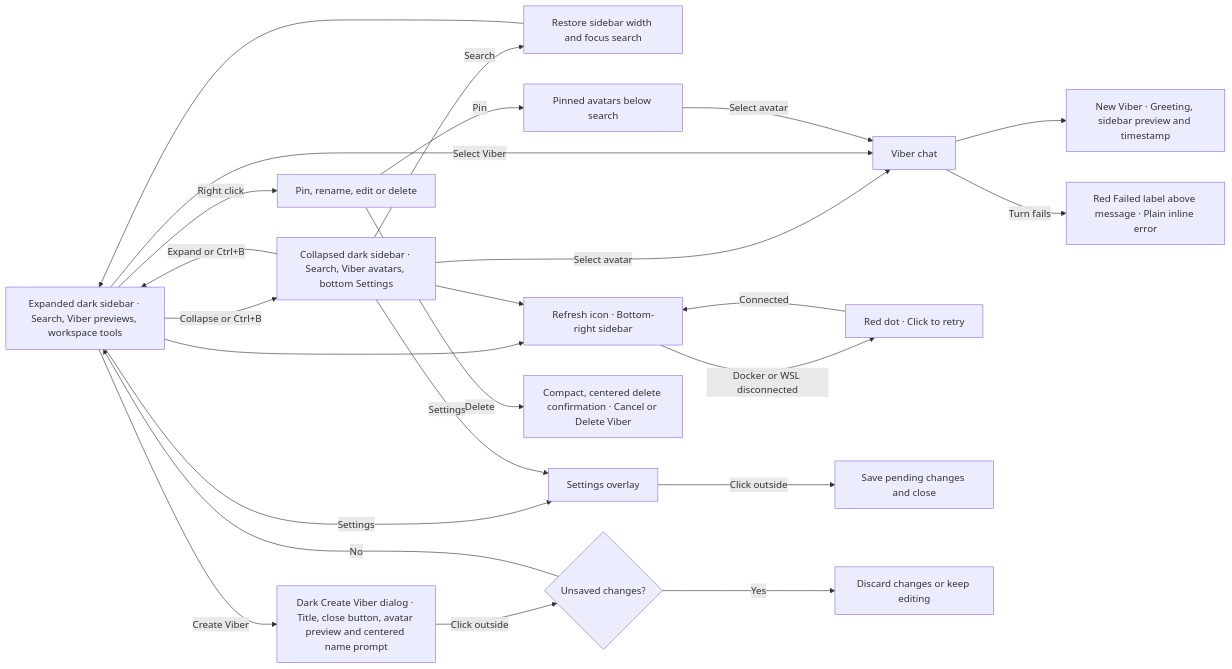
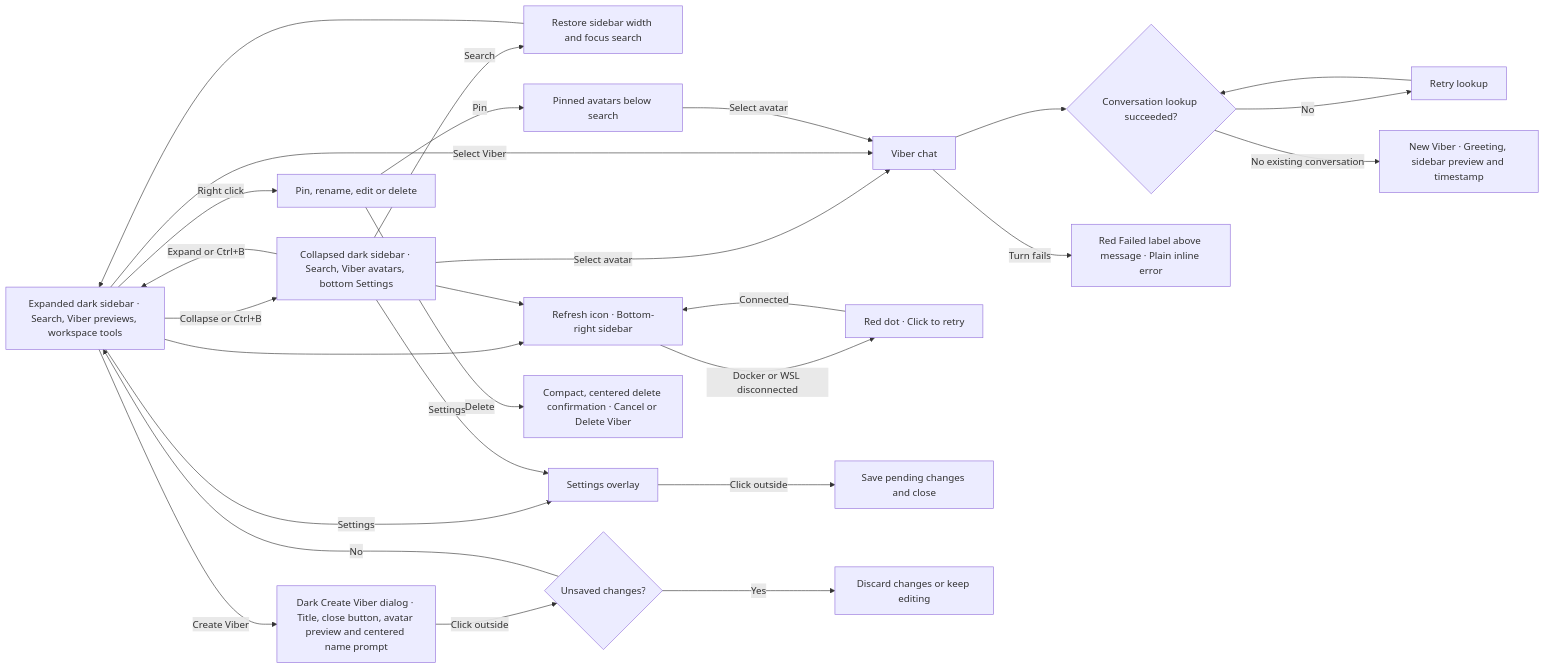
The fifth of 5 diagrams in FEATUREMAP.md (akshajrawat/akkco-vibestar), drawn with Mermaid before and after one commit. The commit also changed other lines of this file and 18 other files, not shown here.

````diff
--- a/FEATUREMAP.md
+++ b/FEATUREMAP.md
@@ -175,25 +179,27 @@
 ```mermaid
 flowchart LR
     Open["Expanded dark sidebar · Search, Viber previews, workspace tools"] -->|Collapse or Ctrl+B| Rail["Collapsed dark sidebar · Search, Viber avatars, bottom Settings"]
     Rail -->|Expand or Ctrl+B| Open
     Rail -->|Search| Focus["Restore sidebar width and focus search"] --> Open
     Rail -->|Select avatar| Chat["Viber chat"]
     Open --> Refresh["Refresh icon · Bottom-right sidebar"]
     Rail --> Refresh
     Refresh -->|Docker or WSL disconnected| Retry["Red dot · Click to retry"]
     Retry -->|Connected| Refresh
     Open -->|Select Viber| Chat
     Open -->|Settings| SettingsOverlay["Settings overlay"]
     Rail -->|Settings| SettingsOverlay
     SettingsOverlay -->|Click outside| CloseSettings["Save pending changes and close"]
     Open -->|Create Viber| Create["Dark Create Viber dialog · Title, close button, avatar preview and centered name prompt"]
     Create -->|Click outside| CloseCreate{"Unsaved changes?"}
     CloseCreate -->|No| Open
     CloseCreate -->|Yes| Discard["Discard changes or keep editing"]
     Open -->|Right click| Actions["Pin, rename, edit or delete"]
     Actions -->|Pin| Pinned["Pinned avatars below search"]
     Actions -->|Delete| DeleteConfirmation["Compact, centered delete confirmation · Cancel or Delete Viber"]
     Pinned -->|Select avatar| Chat
-    Chat --> Greeting["New Viber · Greeting, sidebar preview and timestamp"]
+    Chat --> Lookup{"Conversation lookup succeeded?"}
+    Lookup -->|No| RetryLookup["Retry lookup"] --> Lookup
+    Lookup -->|No existing conversation| Greeting["New Viber · Greeting, sidebar preview and timestamp"]
     Chat -->|Turn fails| Failure["Red Failed label above message · Plain inline error"]
 ```
````
